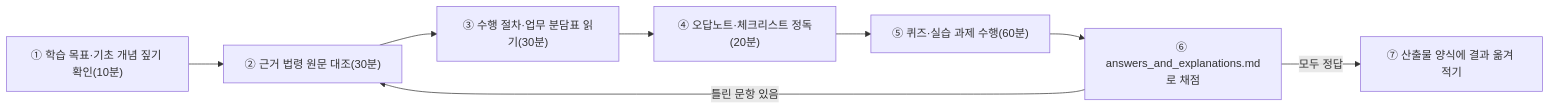
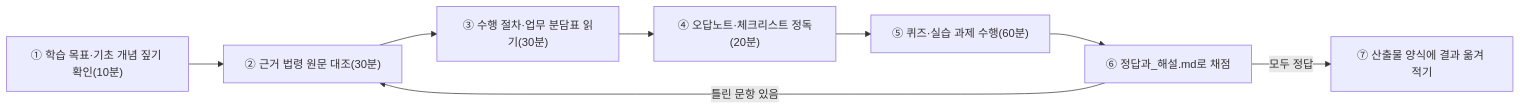
The diagram in README.md (sinbearr/Advanced_PrivacyStudy), drawn with Mermaid before and after one commit. The commit also changed other lines of this file and 116 other files, not shown here.

````diff
--- a/README.md
+++ b/README.md
@@ -154,10 +154,10 @@
 ```mermaid
 flowchart LR
     A["① 학습 목표·기초 개념 짚기 확인(10분)"] --> B["② 근거 법령 원문 대조(30분)"]
     B --> C["③ 수행 절차·업무 분담표 읽기(30분)"]
     C --> D["④ 오답노트·체크리스트 정독(20분)"]
     D --> E["⑤ 퀴즈·실습 과제 수행(60분)"]
-    E --> F["⑥ answers_and_explanations.md로 채점"]
+    E --> F["⑥ 정답과_해설.md로 채점"]
     F -->|"틀린 문항 있음"| B
     F -->|"모두 정답"| G["⑦ 산출물 양식에 결과 옮겨 적기"]
 ```
````
